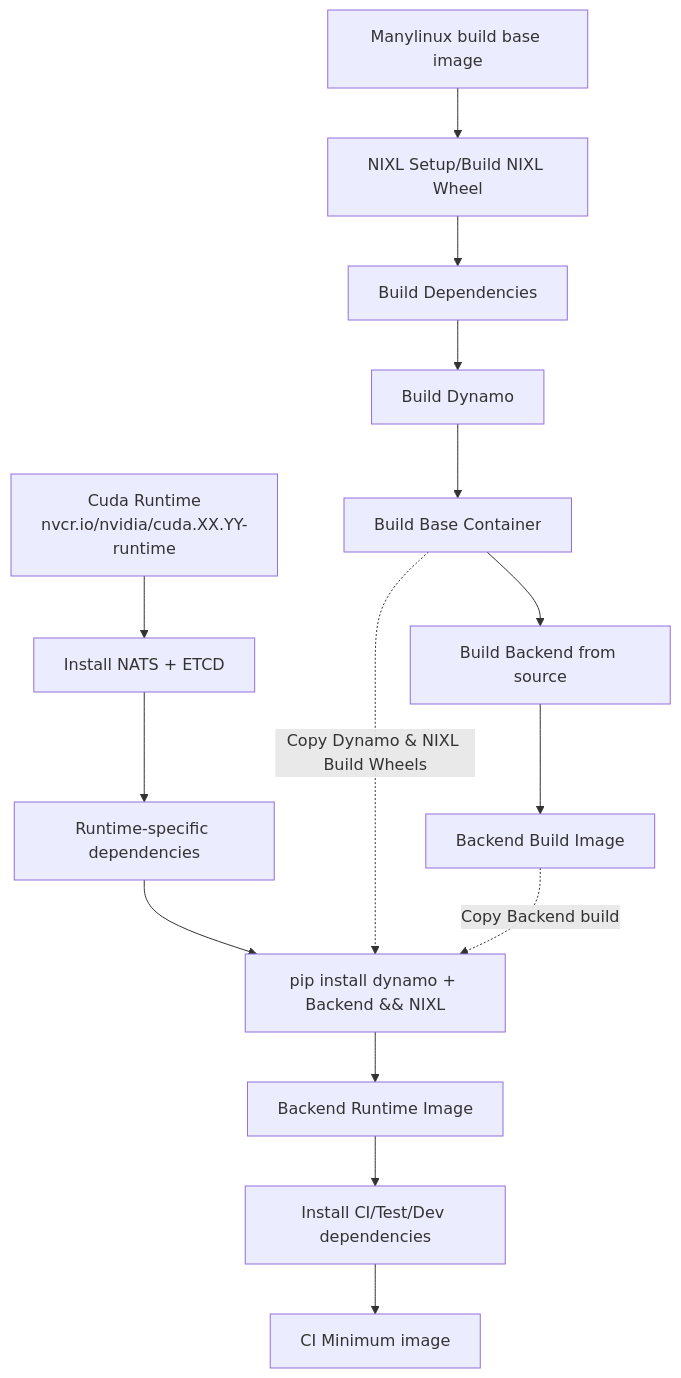
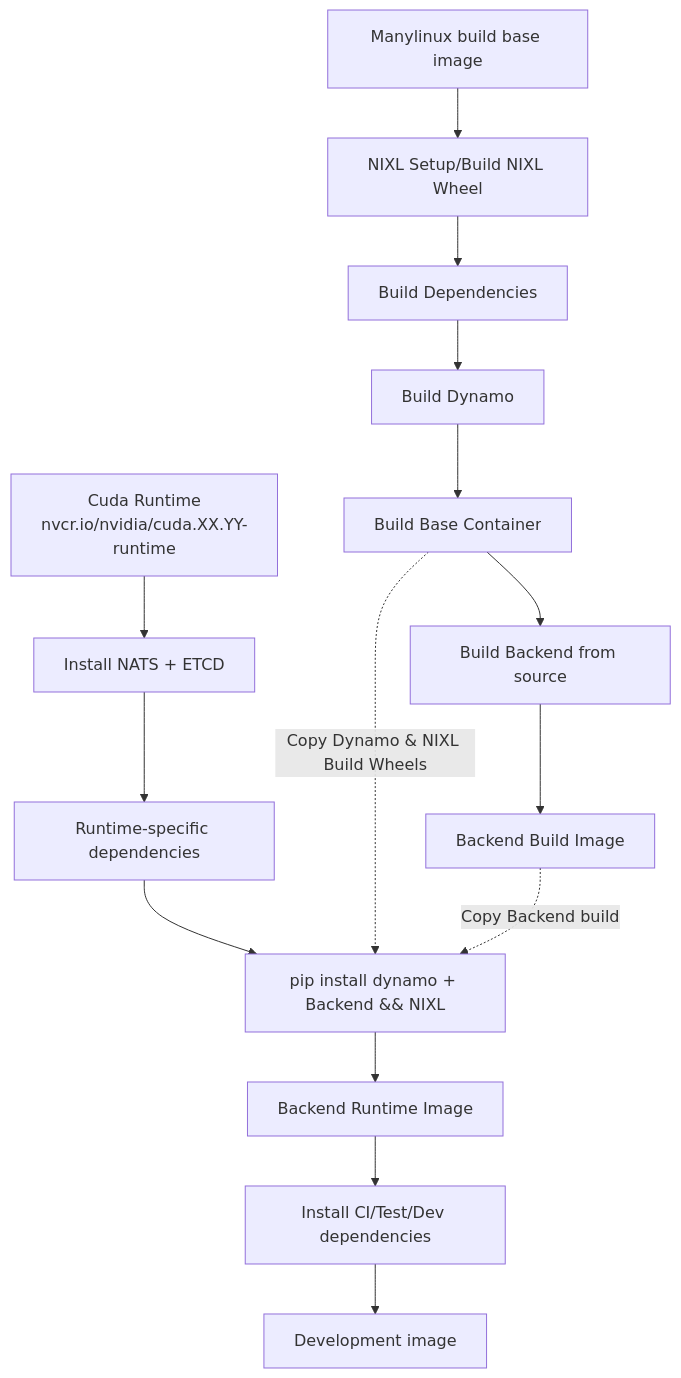
One commit to ai-dynamo/enhancements changed the diagram in deps/NNNN-container-strategy.md. Above: the diagram before and after it, drawn with Mermaid. The commit also changed other lines of this file, not shown here.

````diff
--- a/deps/NNNN-container-strategy.md
+++ b/deps/NNNN-container-strategy.md
@@ -129,40 +129,40 @@
 ```mermaid
 flowchart TD
     A[Manylinux build base image]
     B[NIXL Setup/Build NIXL Wheel]
     C[Build Dependencies]
     D[Build Dynamo]
     E[Build Base Container]
     F[Build Backend from source]
     G[Backend Build Image]
     J[Cuda Runtime<br/>nvcr.io/nvidia/cuda.XX.YY-runtime]
     K[Install NATS + ETCD]
     L[Runtime-specific dependencies]
     M[pip install dynamo + Backend && NIXL]
     N[Backend Runtime Image]
     O[Install CI/Test/Dev dependencies]
-    P[CI Minimum image]
+    P[Development image]
 
     %% Main build flow (left)
     A --> B
     B --> C
     C --> D
     D --> E
     E --> F
     F --> G
 
     %% Runtime flow (right)
     J --> K
     K --> L
     L --> M
     M --> N
     N --> O
     O --> P
 
     %% Cross-links with text
     E -.->|Copy Dynamo & NIXL Build Wheels| M
     G -.->|Copy Backend build| M
 
     %% Styling
     classDef gray fill:#e5e7eb,stroke:#333,stroke-width:1px;
 ```
````
